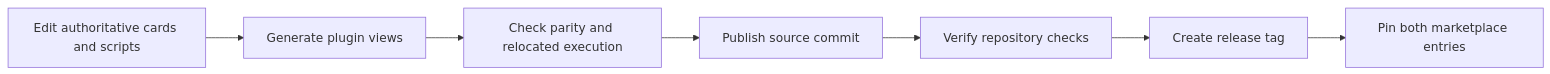
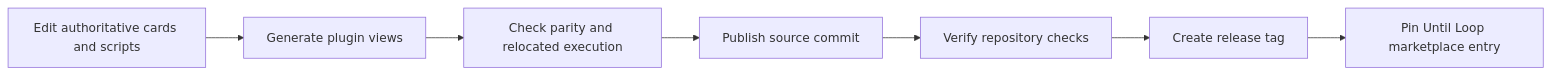
Before and after one commit to whichguy/until-loop: the diagram in docs/PUBLISHING.md, drawn with Mermaid. The commit also changed other lines of this file and 2 other files, not shown here.

Commit message:
Clarify Until Loop ownership and keep Improve canonical in skill-craft

````diff
--- a/docs/PUBLISHING.md
+++ b/docs/PUBLISHING.md
@@ -3,9 +3,9 @@
 ```mermaid
 flowchart LR
     Source[Edit authoritative cards and scripts] --> Build[Generate plugin views]
     Build --> Test[Check parity and relocated execution]
     Test --> Push[Publish source commit]
     Push --> CI[Verify repository checks]
     CI --> Tag[Create release tag]
-    Tag --> Catalog[Pin both marketplace entries]
+    Tag --> Catalog[Pin Until Loop marketplace entry]
 ```
````
